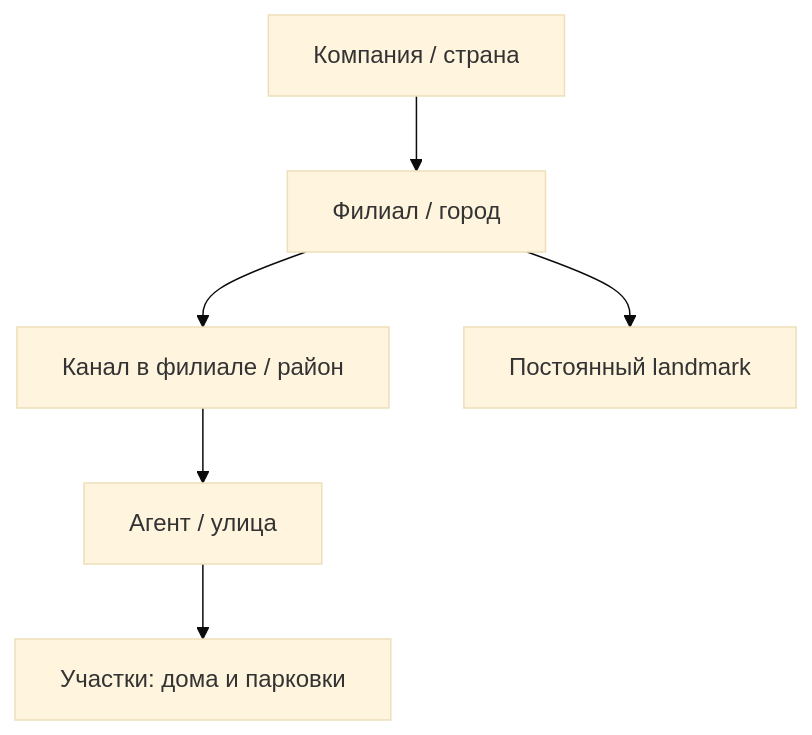
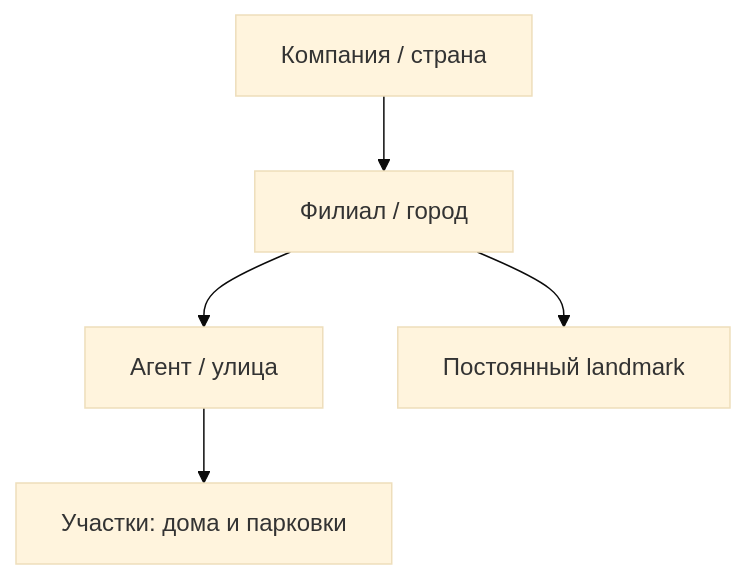
Before and after one commit to fixemer90-stack/VSK_City: the first of 2 diagrams in docs/concept/Insurance_City_Concept_Architecture_v0.4.md, drawn with Mermaid (base theme). The commit also changed other lines of this file and 11 other files, not shown here.

````diff
--- a/docs/concept/Insurance_City_Concept_Architecture_v0.4.md
+++ b/docs/concept/Insurance_City_Concept_Architecture_v0.4.md
@@ -60,8 +64,7 @@
 ```mermaid
 flowchart TD
     COMPANY["Компания / страна"] --> CITY["Филиал / город"]
-    CITY --> DISTRICT["Канал в филиале / район"]
+    CITY --> STREET["Агент / улица"]
     CITY --> LANDMARK["Постоянный landmark"]
-    DISTRICT --> STREET["Агент / улица"]
     STREET --> LOTS["Участки: дома и парковки"]
 ```
````
